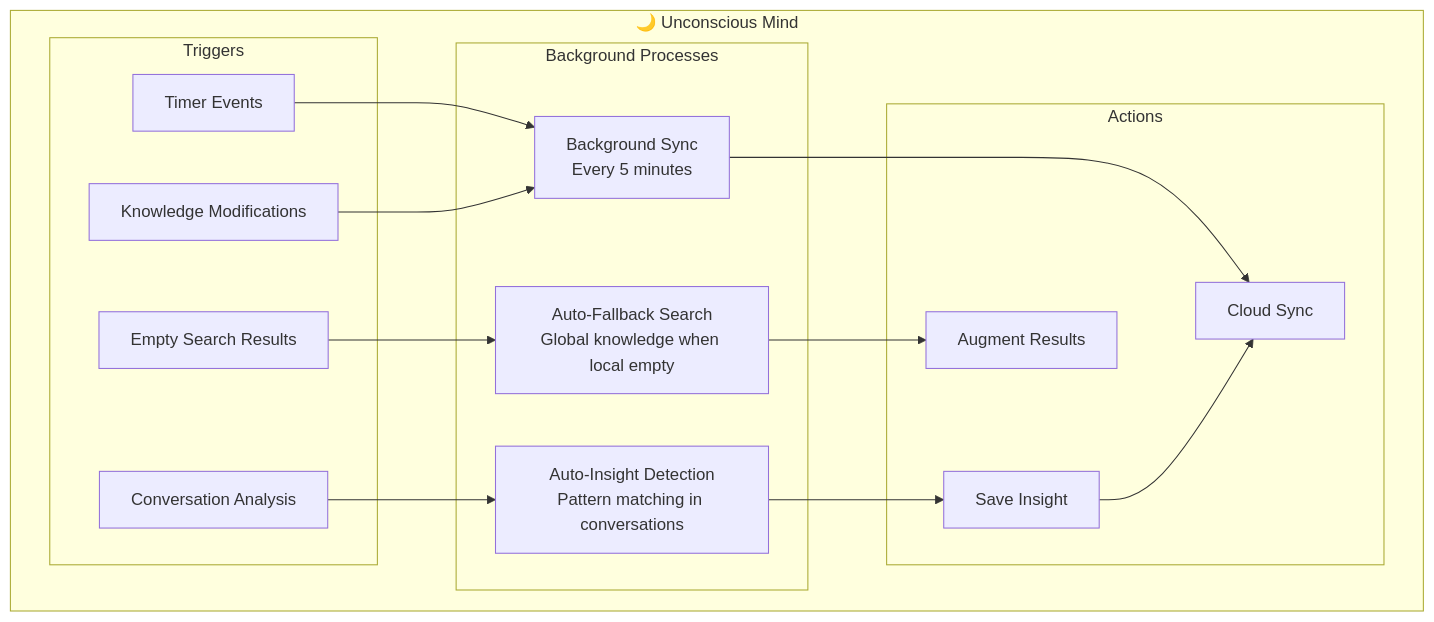
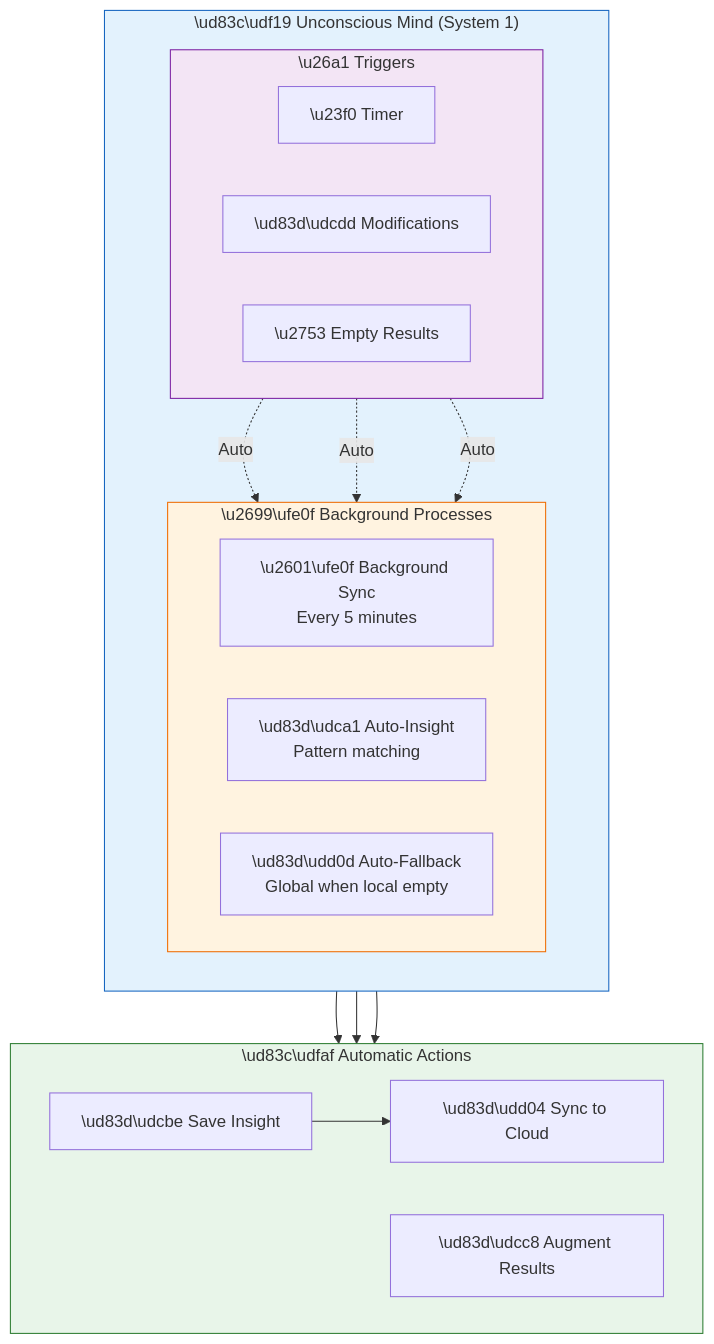
Before and after one commit to fabioc-aloha/Alex_Plug_In: the first of 5 diagrams in alex_docs/UNCONSCIOUS-MIND.md, drawn with Mermaid. The commit also changed other lines of this file and 11 other files, not shown here.

````diff
--- a/alex_docs/UNCONSCIOUS-MIND.md
+++ b/alex_docs/UNCONSCIOUS-MIND.md
@@ -11,34 +11,42 @@
 ```mermaid
-graph TB
-    subgraph "🌙 Unconscious Mind"
-        subgraph "Background Processes"
-            BGS[Background Sync<br/>Every 5 minutes]
-            AID[Auto-Insight Detection<br/>Pattern matching in conversations]
-            AFS[Auto-Fallback Search<br/>Global knowledge when local empty]
+flowchart TB
+    subgraph UNCONSCIOUS["\ud83c\udf19 Unconscious Mind (System 1)"]
+        direction TB
+
+        subgraph PROCESSES["\u2699\ufe0f Background Processes"]
+            direction LR
+            BGS["\u2601\ufe0f Background Sync<br/>Every 5 minutes"]
+            AID["\ud83d\udca1 Auto-Insight<br/>Pattern matching"]
+            AFS["\ud83d\udd0d Auto-Fallback<br/>Global when local empty"]
         end
 
-        subgraph "Triggers"
-            TIME[Timer Events]
-            MOD[Knowledge Modifications]
-            SEARCH[Empty Search Results]
-            CONV[Conversation Analysis]
-        end
-
-        subgraph "Actions"
-            SYNC[Cloud Sync]
-            SAVE[Save Insight]
-            AUGMENT[Augment Results]
+        subgraph TRIGGERS["\u26a1 Triggers"]
+            direction LR
+            TIME["\u23f0 Timer"]
+            MOD["\ud83d\udcdd Modifications"]
+            SEARCH["\u2753 Empty Results"]
         end
     end
 
-    TIME --> BGS
-    MOD --> BGS
+    subgraph ACTIONS["\ud83c\udfaf Automatic Actions"]
+        direction LR
+        SYNC["\ud83d\udd04 Sync to Cloud"]
+        SAVE["\ud83d\udcbe Save Insight"]
+        AUGMENT["\ud83d\udcc8 Augment Results"]
+    end
+
+    TIME -.->|"Auto"| BGS
+    MOD -.->|"Auto"| BGS
     BGS --> SYNC
 
-    CONV --> AID
+    SEARCH -.->|"Auto"| AFS
+    AFS --> AUGMENT
+
     AID --> SAVE
     SAVE --> SYNC
 
-    SEARCH --> AFS
-    AFS --> AUGMENT
+    style UNCONSCIOUS fill:#e3f2fd,stroke:#1565c0
+    style PROCESSES fill:#fff3e0,stroke:#ef6c00
+    style TRIGGERS fill:#f3e5f5,stroke:#7b1fa2
+    style ACTIONS fill:#e8f5e9,stroke:#2e7d32
 ```
````
